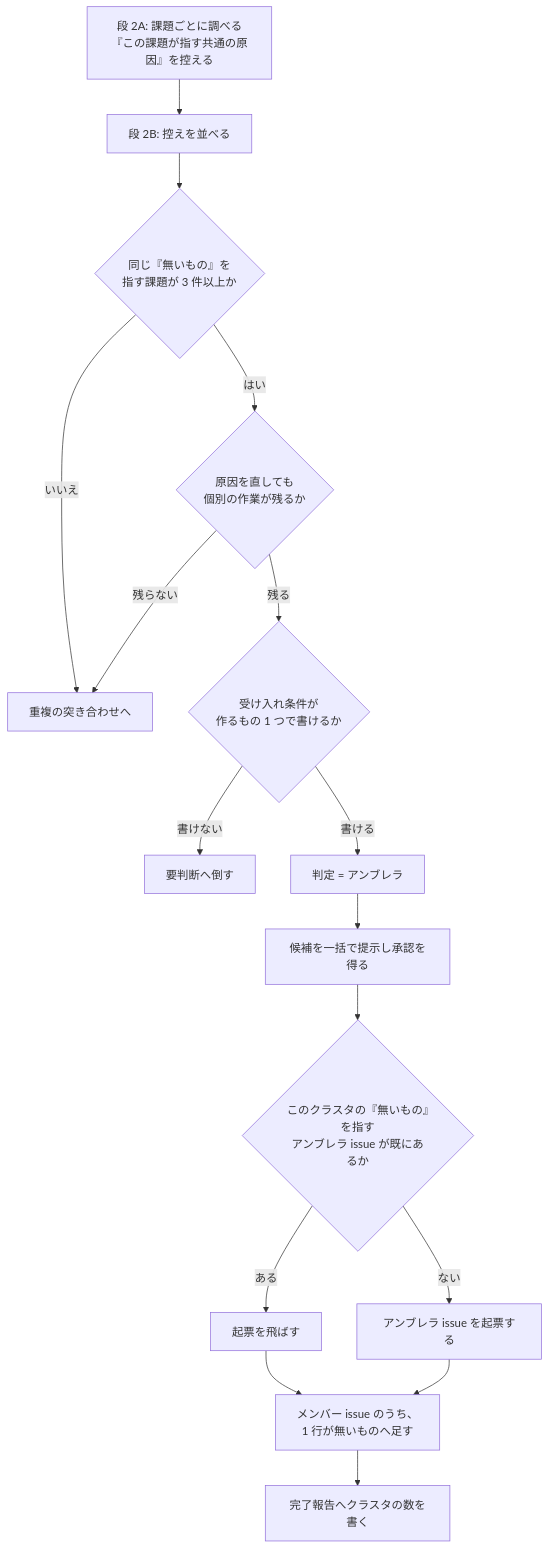
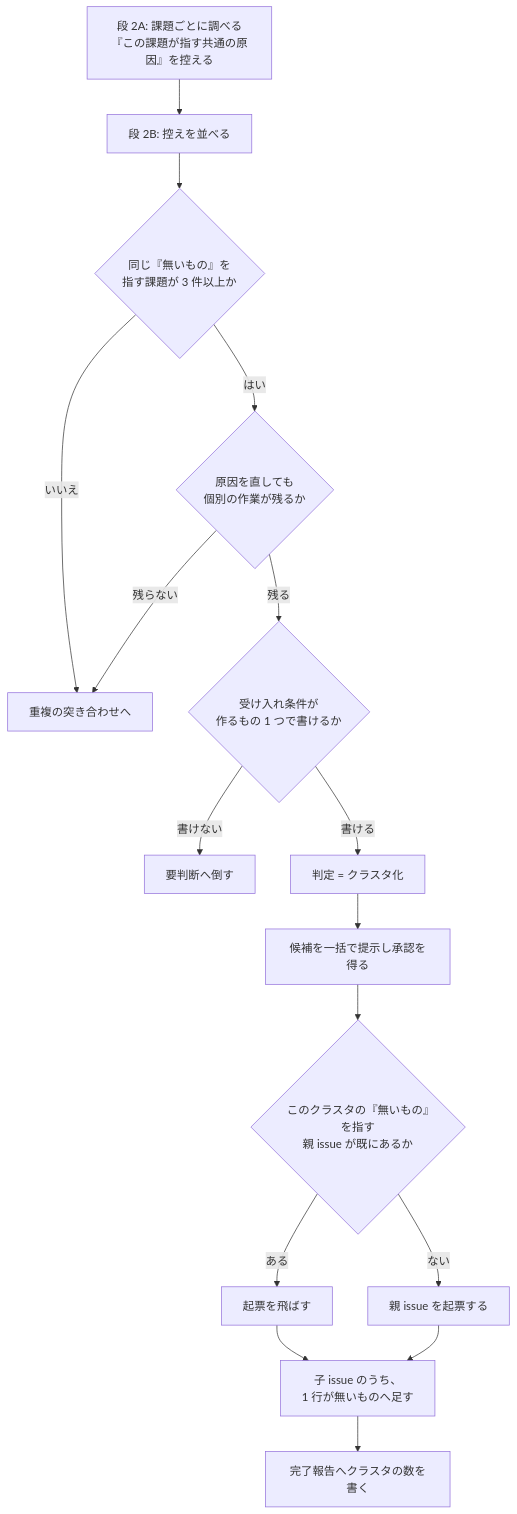
One commit to devbasex/ai-plugins changed the first of 3 diagrams in issues/issue-712-713-design.md. Above: the diagram before and after it, drawn with Mermaid. The commit also changed other lines of this file and 1 other file, not shown here.

First line of the commit message:
Docs: 作る課題を親 issue、判定をクラスタ化と呼ぶ（#712 #713）

````diff
--- a/issues/issue-712-713-design.md
+++ b/issues/issue-712-713-design.md
@@ -143,18 +143,18 @@
 ```mermaid
 flowchart TD
     A["段 2A: 課題ごとに調べる<br/>『この課題が指す共通の原因』を控える"] --> B["段 2B: 控えを並べる"]
     B --> C{"同じ『無いもの』を<br/>指す課題が 3 件以上か"}
     C -->|いいえ| D["重複の突き合わせへ"]
     C -->|はい| E{"原因を直しても<br/>個別の作業が残るか"}
     E -->|残らない| D
     E -->|残る| F{"受け入れ条件が<br/>作るもの 1 つで書けるか"}
     F -->|書けない| G["要判断へ倒す"]
-    F -->|書ける| H["判定 = アンブレラ"]
+    F -->|書ける| H["判定 = クラスタ化"]
     H --> I["候補を一括で提示し承認を得る"]
-    I --> J{"このクラスタの『無いもの』を指す<br/>アンブレラ issue が既にあるか"}
+    I --> J{"このクラスタの『無いもの』を指す<br/>親 issue が既にあるか"}
     J -->|ある| K["起票を飛ばす"]
-    J -->|ない| L["アンブレラ issue を起票する"]
-    K --> M["メンバー issue のうち、<br/>1 行が無いものへ足す"]
+    J -->|ない| L["親 issue を起票する"]
+    K --> M["子 issue のうち、<br/>1 行が無いものへ足す"]
     L --> M
     M --> N["完了報告へクラスタの数を書く"]
 ```
````
